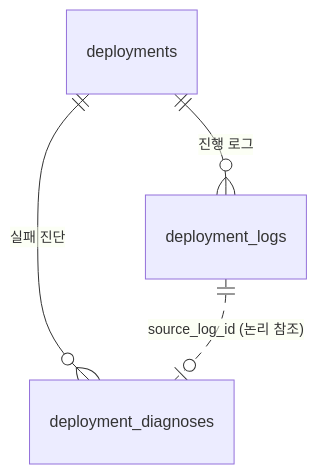
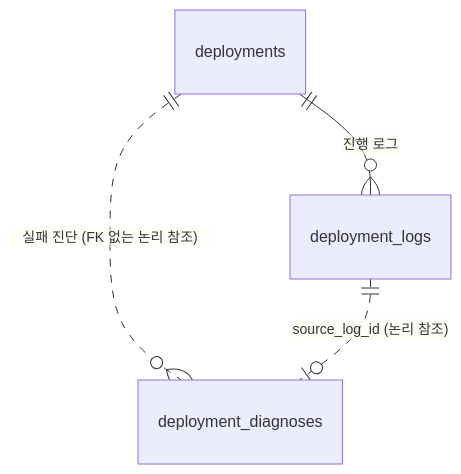
One commit to kdy1668/ssafyhub changed the second of 2 diagrams in docs/AI기능-요구사항명세서.md. Above: the diagram before and after it, drawn with Mermaid. The commit also changed other lines of this file and 16 other files, not shown here.

````diff
--- a/docs/AI기능-요구사항명세서.md
+++ b/docs/AI기능-요구사항명세서.md
@@ -403,6 +413,6 @@
 ```mermaid
 erDiagram
     deployments ||--o{ deployment_logs : "진행 로그"
-    deployments ||--o{ deployment_diagnoses : "실패 진단"
+    deployments ||..o{ deployment_diagnoses : "실패 진단 (FK 없는 논리 참조)"
     deployment_logs ||..o| deployment_diagnoses : "source_log_id (논리 참조)"
 ```
````
